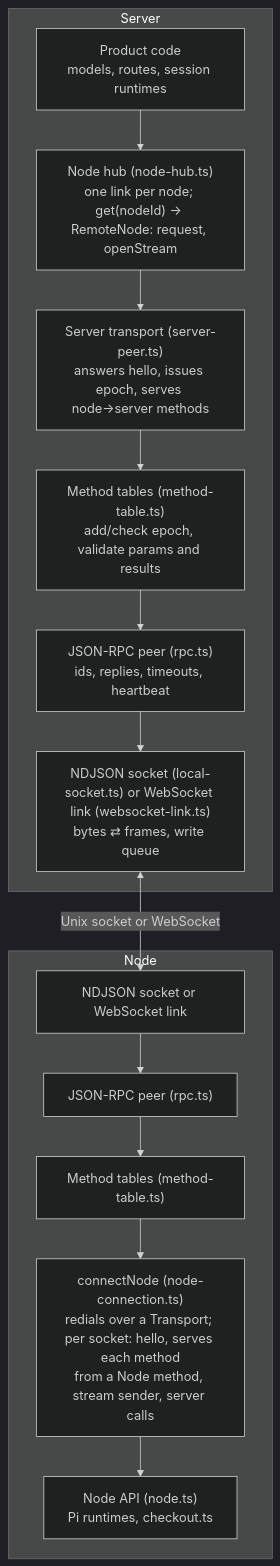
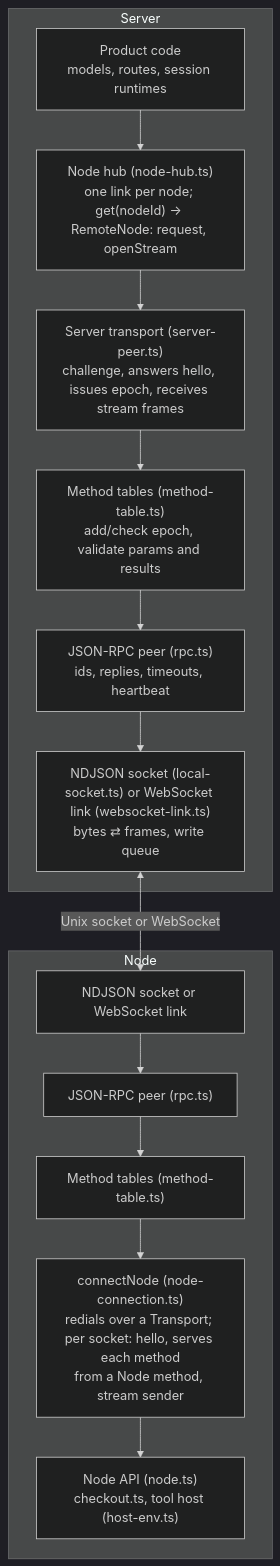
One commit to willtcarey/reins changed the second of 9 diagrams in docs/dev/node-transport.md. Above: the diagram before and after it, drawn with Mermaid (dark theme). The commit also changed other lines of this file and 27 other files, not shown here.

````diff
--- a/docs/dev/node-transport.md
+++ b/docs/dev/node-transport.md
@@ -72,21 +70,21 @@
 ```mermaid
 graph TB
     subgraph "Server"
         S5["Product code<br/>models, routes, session runtimes"]
         S4["Node hub (node-hub.ts)<br/>one link per node; get(nodeId) → RemoteNode: request, openStream"]
-        S3["Server transport (server-peer.ts)<br/>answers hello, issues epoch, serves node→server methods"]
+        S3["Server transport (server-peer.ts)<br/>challenge, answers hello, issues epoch, receives stream frames"]
         S2["Method tables (method-table.ts)<br/>add/check epoch, validate params and results"]
         S1["JSON-RPC peer (rpc.ts)<br/>ids, replies, timeouts, heartbeat"]
         S0["NDJSON socket (local-socket.ts) or WebSocket link (websocket-link.ts)<br/>bytes ⇄ frames, write queue"]
         S5 --> S4 --> S3 --> S2 --> S1 --> S0
     end
     subgraph "Node"
         N0["NDJSON socket or WebSocket link"]
         N1["JSON-RPC peer (rpc.ts)"]
         N2["Method tables (method-table.ts)"]
-        N3["connectNode (node-connection.ts)<br/>redials over a Transport; per socket: hello, serves each method<br/>from a Node method, stream sender, server calls"]
-        N4["Node API (node.ts)<br/>Pi runtimes, checkout.ts"]
+        N3["connectNode (node-connection.ts)<br/>redials over a Transport; per socket: hello, serves each method<br/>from a Node method, stream sender"]
+        N4["Node API (node.ts)<br/>checkout.ts, tool host (host-env.ts)"]
         N0 --> N1 --> N2 --> N3 --> N4
     end
     S0 <-->|Unix socket or WebSocket| N0
 ```
````
